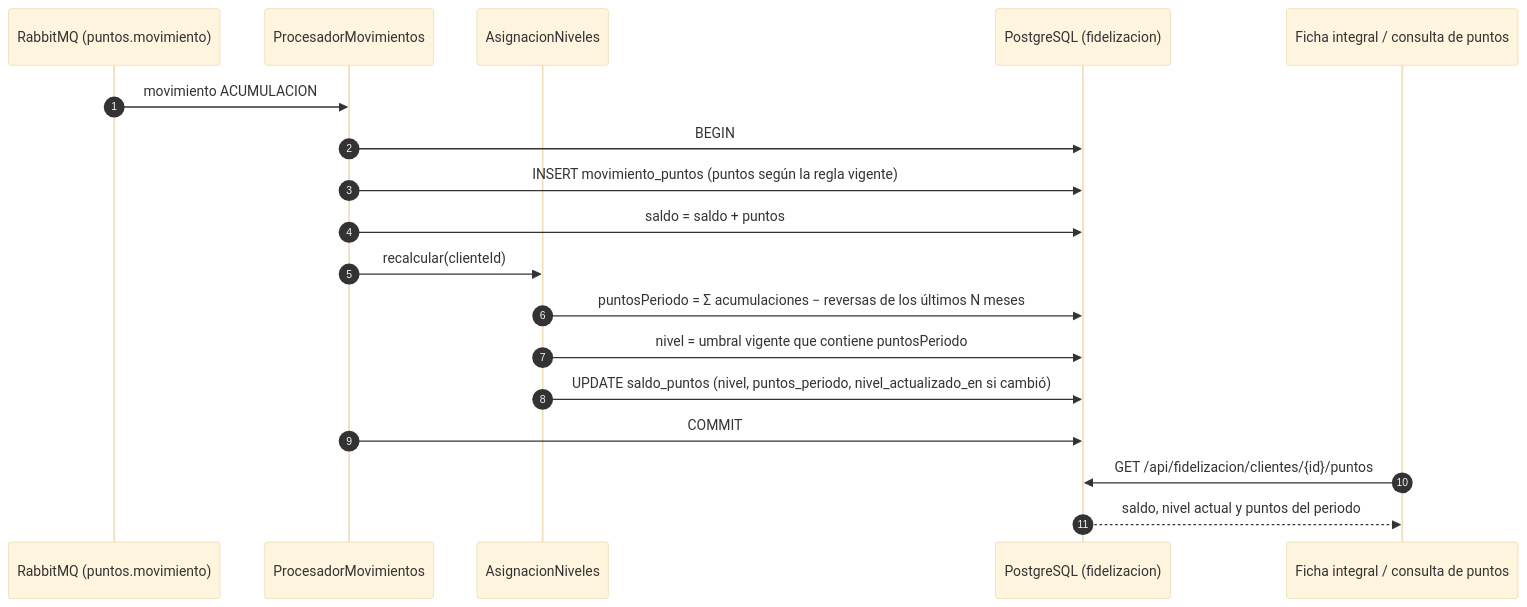
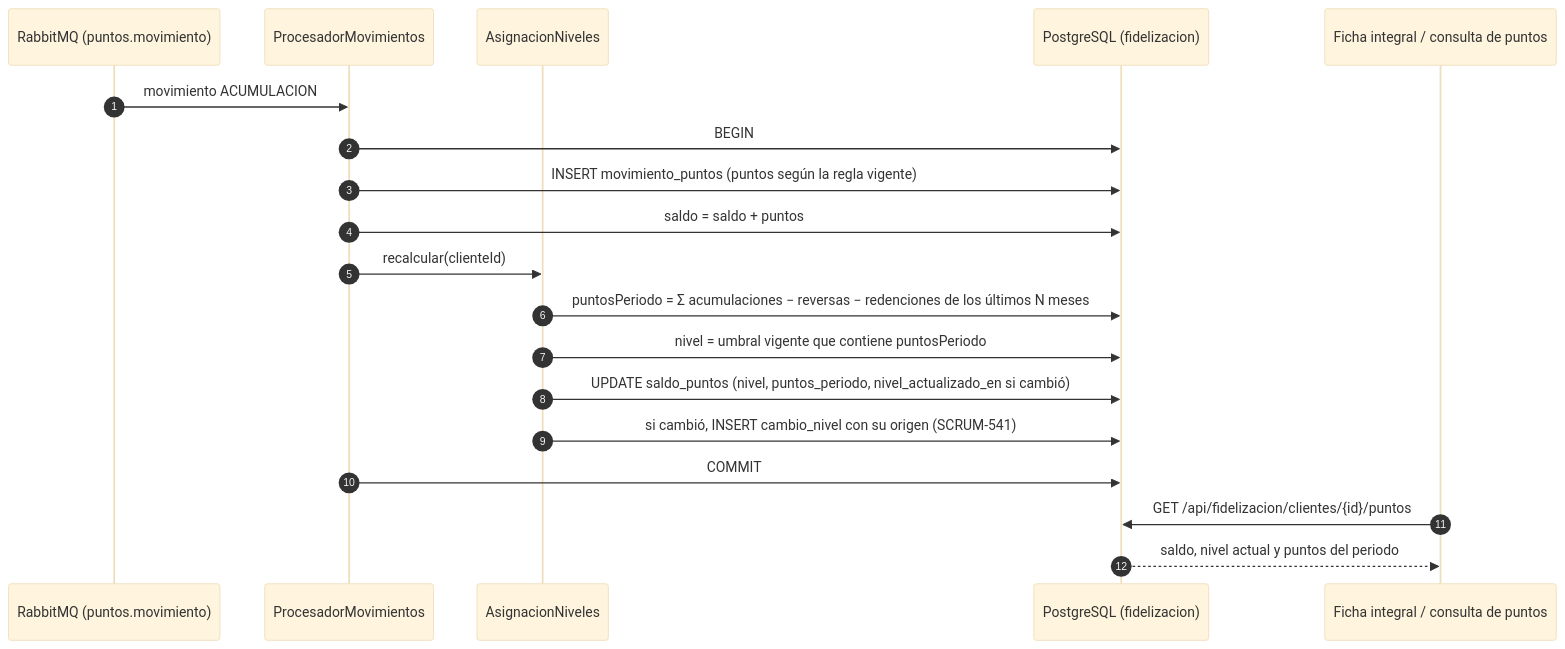
One commit to daniel69zz/equipob-crm changed the second of 3 diagrams in docs/fidelizacion/niveles-fidelizacion-diagramas.md. Above: the diagram before and after it, drawn with Mermaid (base theme). The commit also changed 3 other files, not shown here.

Commit message:
docs(fidelizacion): SCRUM-599 diagramas de clases y de secuencia de la reversa de puntos por compra anulada

````diff
--- a/docs/fidelizacion/niveles-fidelizacion-diagramas.md
+++ b/docs/fidelizacion/niveles-fidelizacion-diagramas.md
@@ -103,21 +103,22 @@
 ```mermaid
 sequenceDiagram
     autonumber
     participant MQ as RabbitMQ (puntos.movimiento)
     participant P as ProcesadorMovimientos
     participant A as AsignacionNiveles
     participant DB as PostgreSQL (fidelizacion)
     participant W as Ficha integral / consulta de puntos
 
     MQ->>P: movimiento ACUMULACION
     P->>DB: BEGIN
     P->>DB: INSERT movimiento_puntos (puntos según la regla vigente)
     P->>DB: saldo = saldo + puntos
     P->>A: recalcular(clienteId)
-    A->>DB: puntosPeriodo = Σ acumulaciones − reversas de los últimos N meses
+    A->>DB: puntosPeriodo = Σ acumulaciones − reversas − redenciones de los últimos N meses
     A->>DB: nivel = umbral vigente que contiene puntosPeriodo
     A->>DB: UPDATE saldo_puntos (nivel, puntos_periodo, nivel_actualizado_en si cambió)
+    A->>DB: si cambió, INSERT cambio_nivel con su origen (SCRUM-541)
     P->>DB: COMMIT
     W->>DB: GET /api/fidelizacion/clientes/{id}/puntos
     DB-->>W: saldo, nivel actual y puntos del periodo
 ```
````
